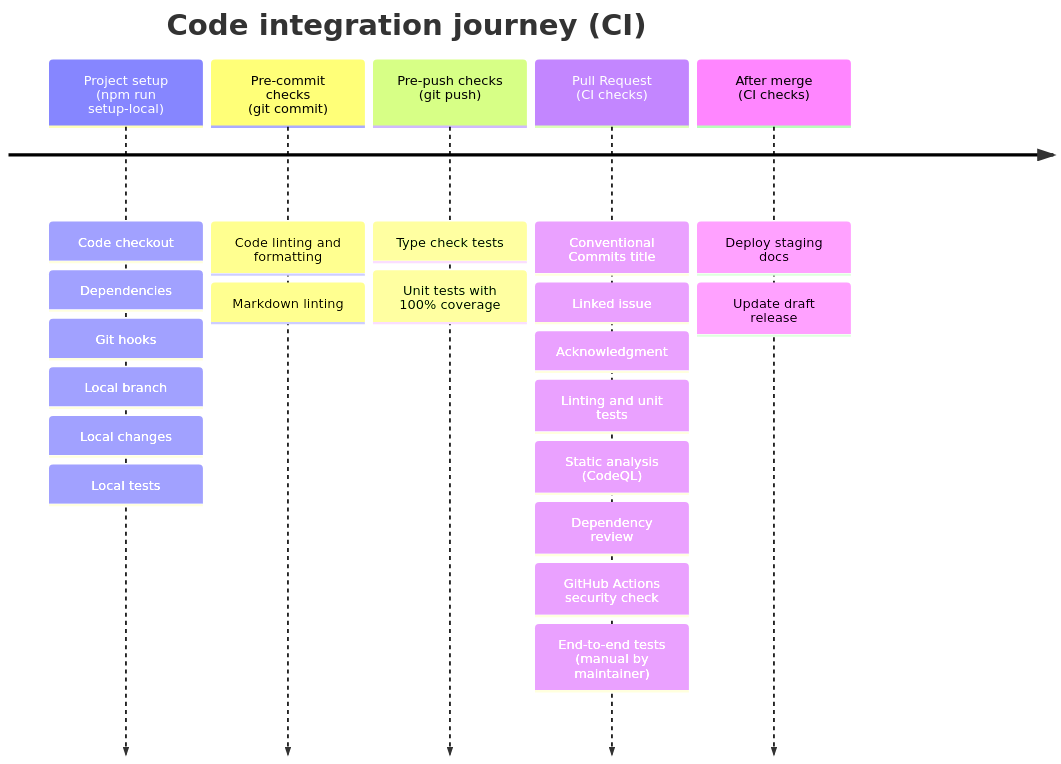
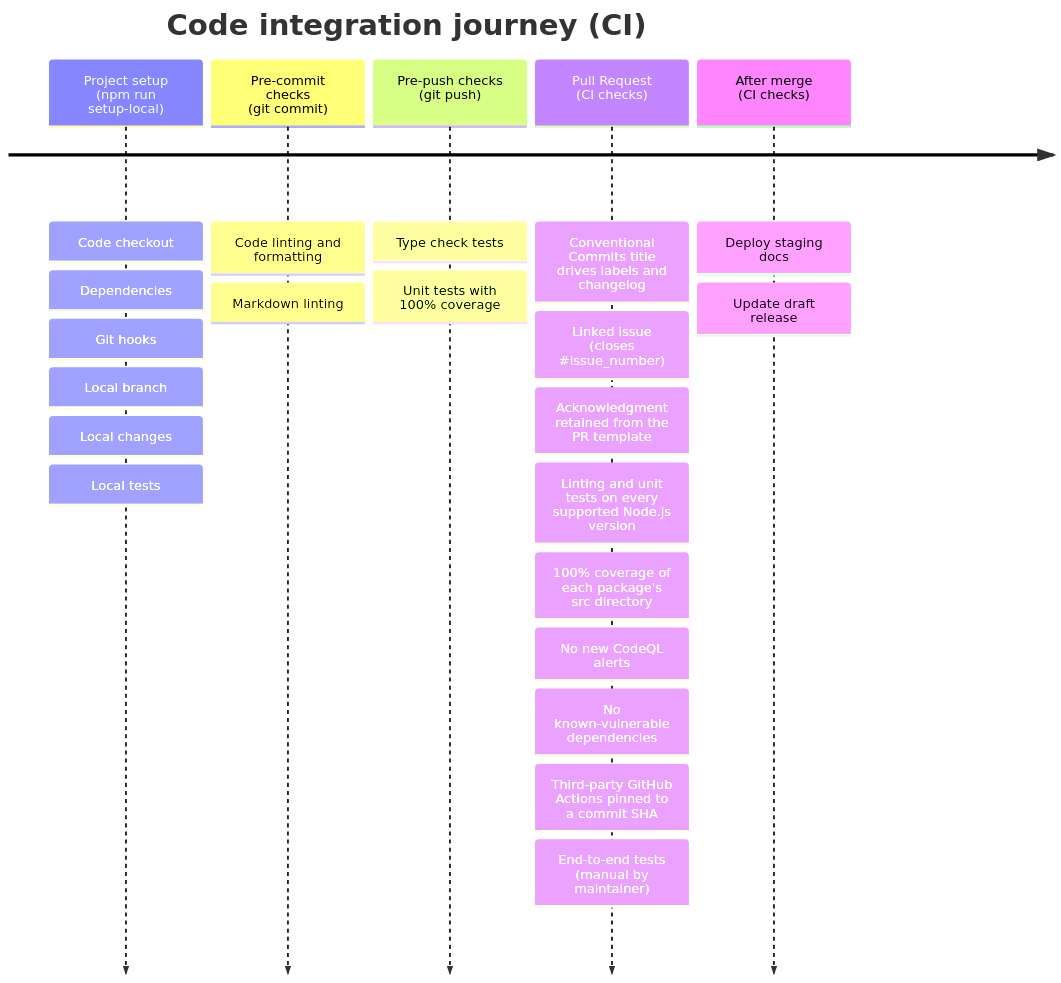
One commit to aws-powertools/powertools-lambda-typescript changed the first of 2 diagrams in CONTRIBUTING.md. Above: the diagram before and after it, drawn with Mermaid. The commit also changed other lines of this file, not shown here.

Commit message:
docs(contributing): clarify RFC and pull request criteria

````diff
--- a/CONTRIBUTING.md
+++ b/CONTRIBUTING.md
@@ -59,28 +70,29 @@
 ```mermaid
 timeline
     title Code integration journey (CI)
     Project setup <br> (npm run setup-local)   : Code checkout
                                                : Dependencies
                                                : Git hooks
                                                : Local branch
                                                : Local changes
                                                : Local tests
 
     Pre-commit checks <br> (git commit)   : Code linting and formatting
                                           : Markdown linting
 
     Pre-push checks <br> (git push)   : Type check tests
                                       : Unit tests with 100% coverage
 
-    Pull Request <br> (CI checks)   : Conventional Commits title
-                                    : Linked issue
-                                    : Acknowledgment
-                                    : Linting and unit tests
-                                    : Static analysis (CodeQL)
-                                    : Dependency review
-                                    : GitHub Actions security check
+    Pull Request <br> (CI checks)   : Conventional Commits title drives labels and changelog
+                                    : Linked issue (closes #issue_number)
+                                    : Acknowledgment retained from the PR template
+                                    : Linting and unit tests on every supported Node.js version
+                                    : 100% coverage of each package's src directory
+                                    : No new CodeQL alerts
+                                    : No known-vulnerable dependencies
+                                    : Third-party GitHub Actions pinned to a commit SHA
                                     : End-to-end tests (manual by maintainer)
 
     After merge <br> (CI checks)    : Deploy staging docs
                                     : Update draft release
 ```
````
